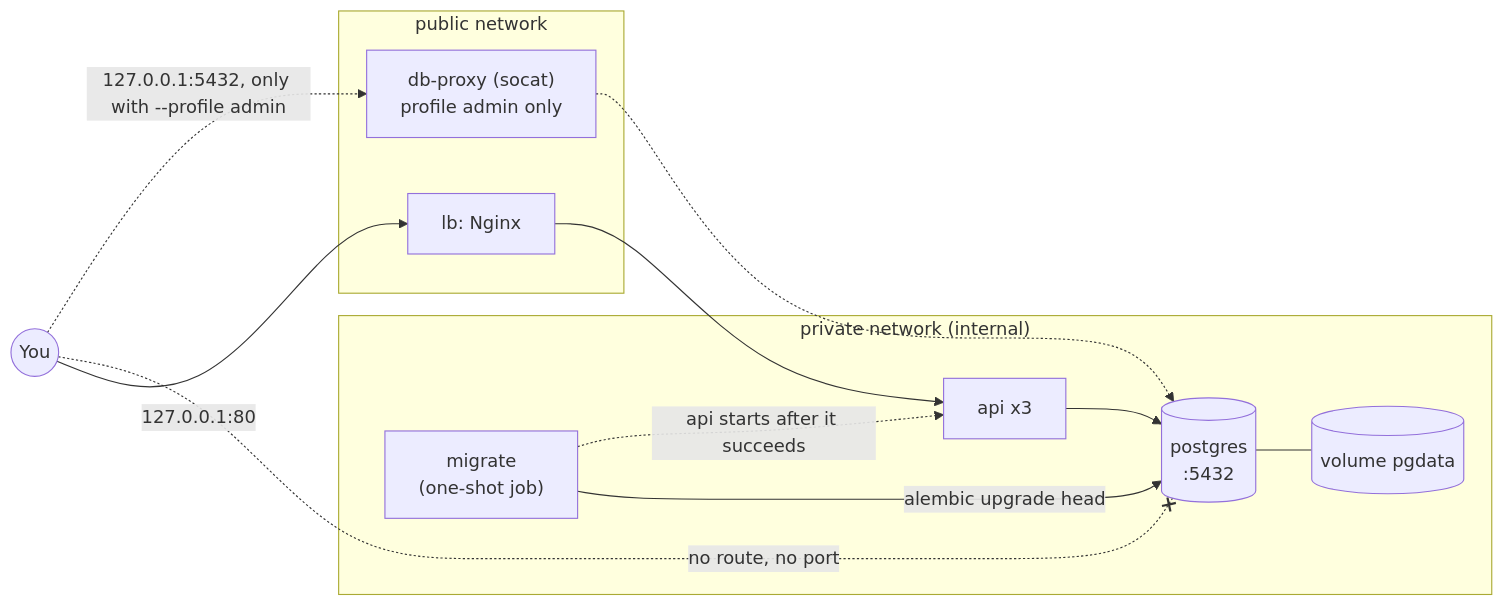
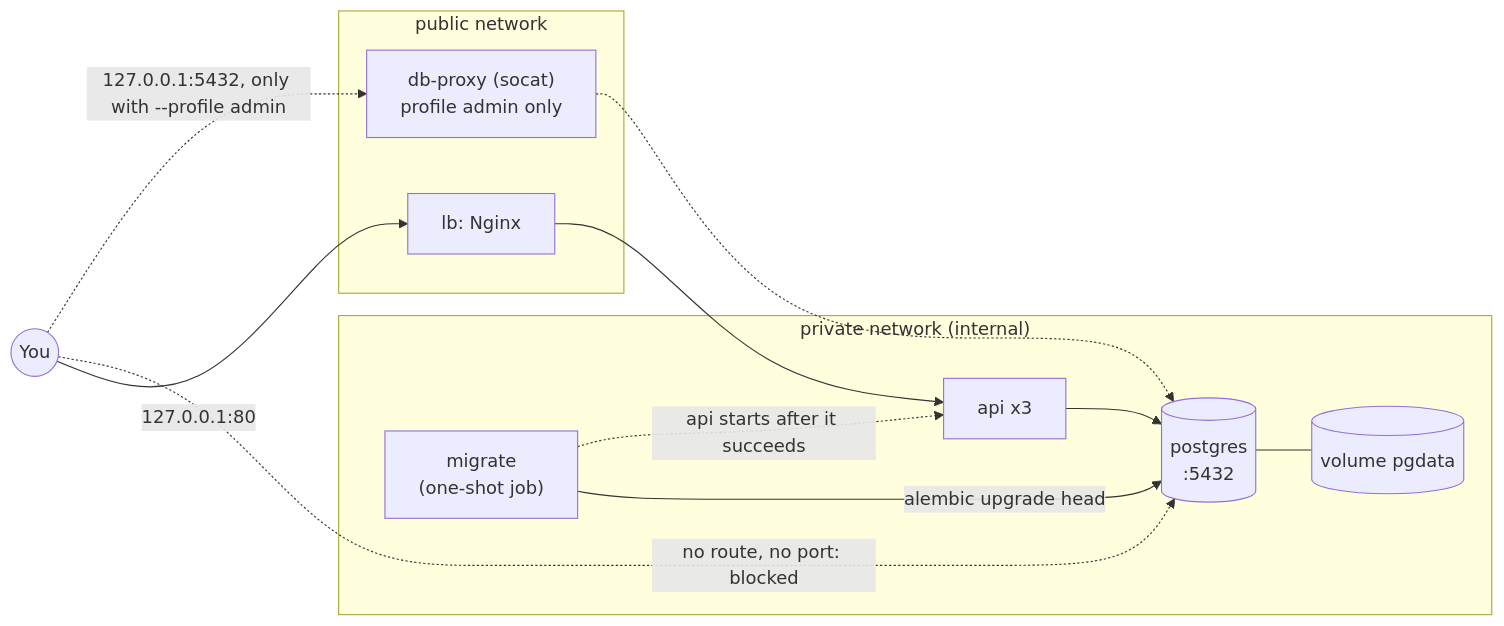
The diagram in docs/labs/04-database.md (moncef2k/aws-local-lab), drawn with Mermaid before and after one commit. The commit also changed 1 other file, not shown here.

Commit message:
AWSLAB-33 docs: lab 05 step 15 - fix review notes (diagram edge, wording)
Also changes the same dotted-cross edge in the Lab 04 diagram.

````diff
--- a/docs/labs/04-database.md
+++ b/docs/labs/04-database.md
@@ -80,22 +80,22 @@
 ```mermaid
 flowchart LR
   you((You)) -->|127.0.0.1:80| lb
   subgraph public["public network"]
     lb["lb: Nginx"]
     proxy["db-proxy (socat)<br/>profile admin only"]
   end
   subgraph private["private network (internal)"]
     api["api x3"]
     mig["migrate<br/>(one-shot job)"]
     pg[("postgres<br/>:5432")]
     vol[("volume pgdata")]
   end
   lb --> api
   api --> pg
   mig -->|"alembic upgrade head"| pg
   mig -. "api starts after it succeeds" .-> api
   pg --- vol
-  you -. "no route, no port" .-x pg
+  you -. "no route, no port: blocked" .-> pg
   you -. "127.0.0.1:5432, only with --profile admin" .-> proxy
   proxy -.-> pg
 ```
````
